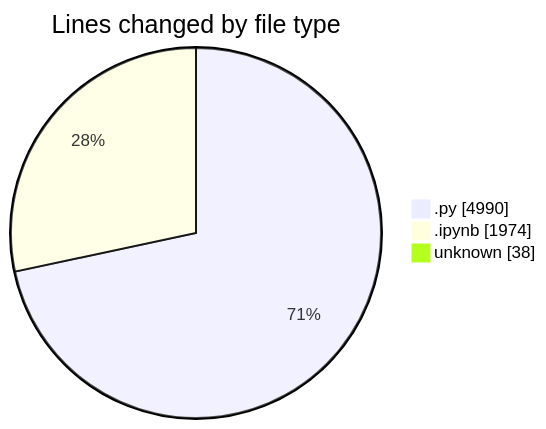
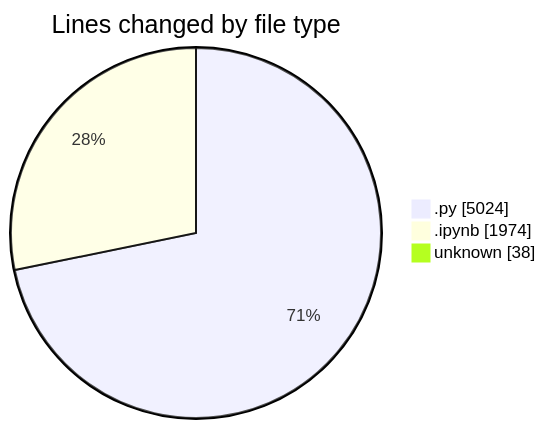
The first of 2 diagrams in 2025-03-21/myws__workspace_/README.md (MatusMokan/code-tracking), drawn with Mermaid before and after one commit. The commit also changed other lines of this file and 1 other file, not shown here.

````diff
--- a/2025-03-21/myws__workspace_/README.md
+++ b/2025-03-21/myws__workspace_/README.md
@@ -25,7 +25,7 @@
 ```mermaid
 pie showData
 title Lines changed by file type
-".py" : 4990
+".py" : 5024
 ".ipynb" : 1974
 "unknown" : 38
 ```
````
